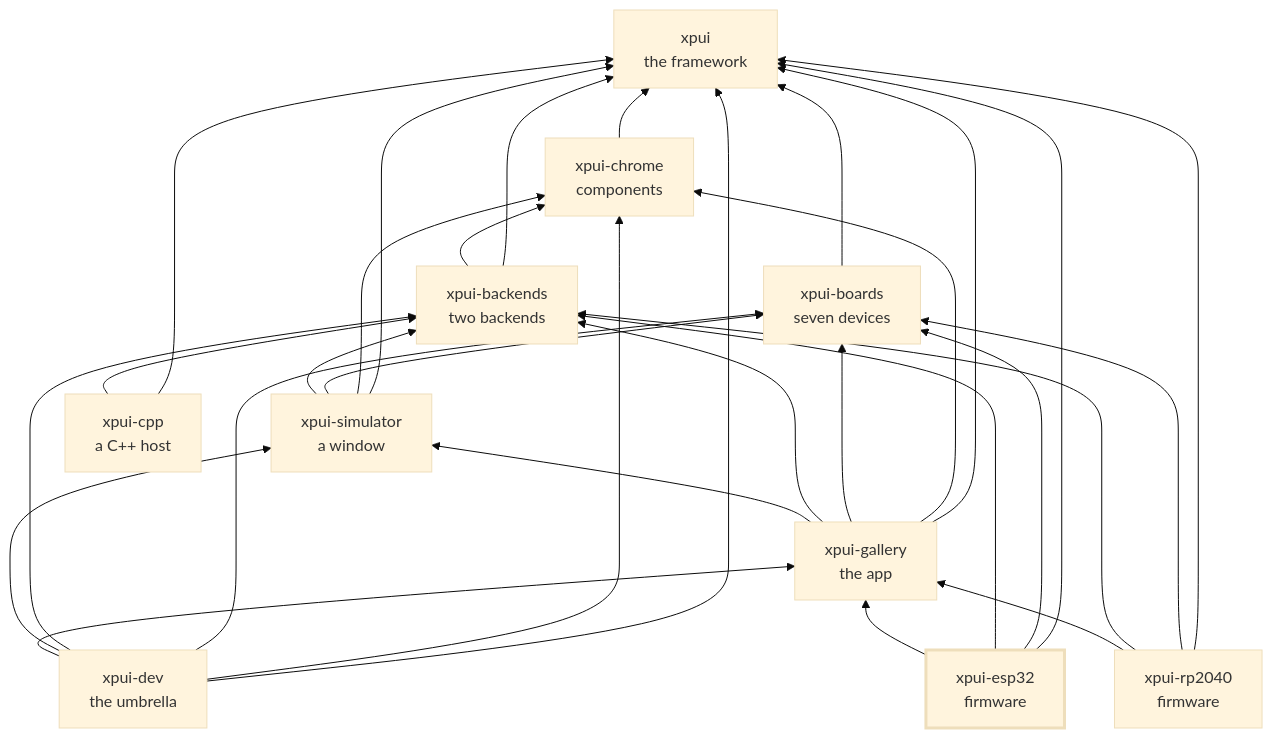
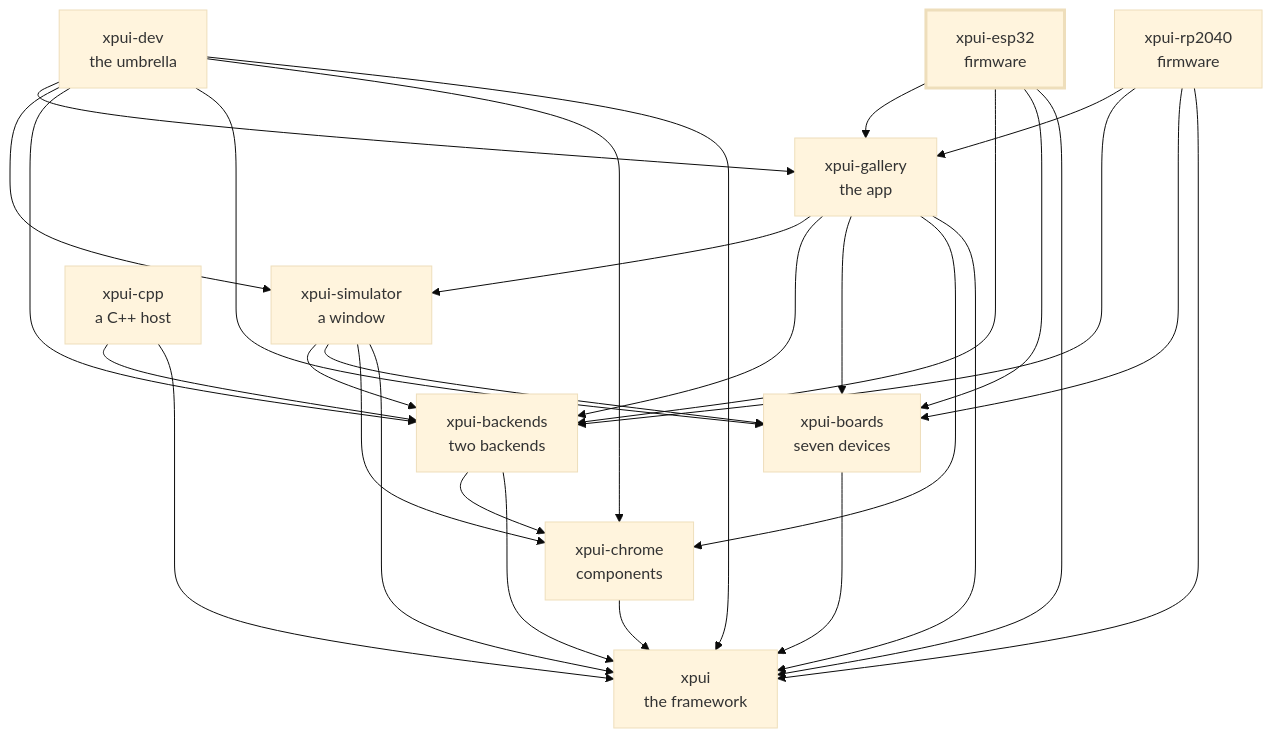
The diagram in README.md (XPUI-Framework/xpui-esp32), drawn with Mermaid (base theme) before and after one commit. The commit also changed other lines of this file and 19 other files, not shown here.

````diff
--- a/README.md
+++ b/README.md
@@ -96,43 +95,43 @@
 ```mermaid
-flowchart BT
+flowchart TD
   xpui["xpui<br/>the framework"]
   chrome["xpui-chrome<br/>components"]
   boards["xpui-boards<br/>seven devices"]
   backends["xpui-backends<br/>two backends"]
   simulator["xpui-simulator<br/>a window"]
   gallery["xpui-gallery<br/>the app"]
   rp2040["xpui-rp2040<br/>firmware"]
   esp32["xpui-esp32<br/>firmware"]
   cpp["xpui-cpp<br/>a C++ host"]
   dev["xpui-dev<br/>the umbrella"]
   chrome --> xpui
   boards --> xpui
   backends --> xpui
   backends --> chrome
   simulator --> xpui
   simulator --> chrome
   simulator --> boards
   simulator --> backends
   gallery --> xpui
   gallery --> chrome
   gallery --> boards
   gallery --> backends
   gallery --> simulator
   rp2040 --> xpui
   rp2040 --> boards
   rp2040 --> backends
   rp2040 --> gallery
   esp32 --> xpui
   esp32 --> boards
   esp32 --> backends
   esp32 --> gallery
   cpp --> xpui
   cpp --> backends
   dev --> xpui
   dev --> chrome
   dev --> boards
   dev --> backends
   dev --> simulator
   dev --> gallery
   style esp32 stroke-width:3px
 ```
````
